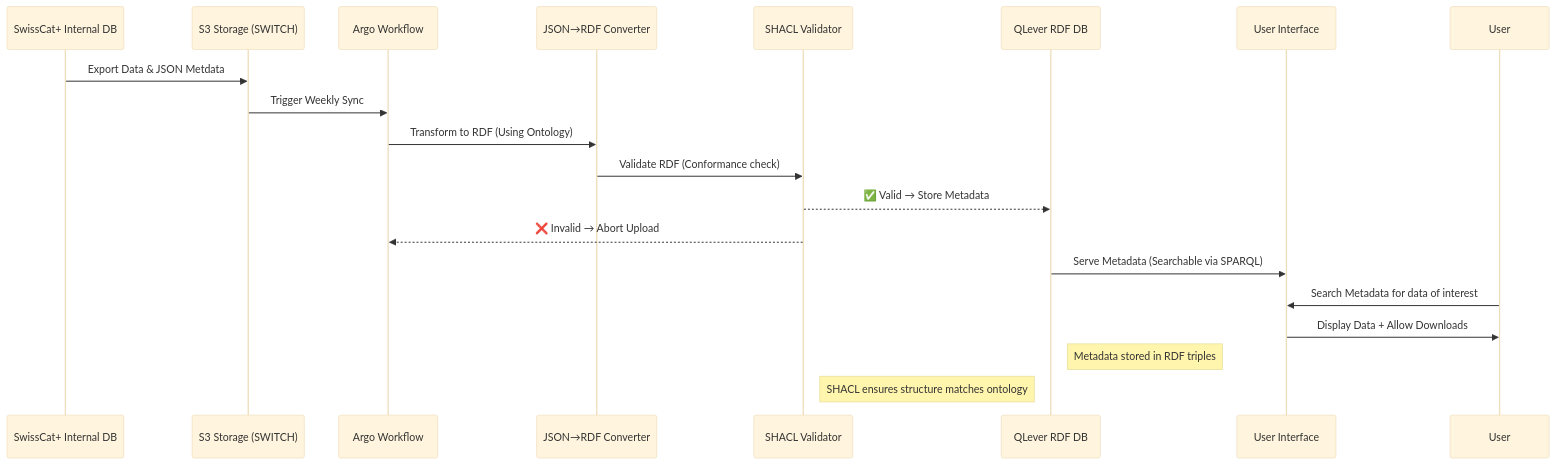
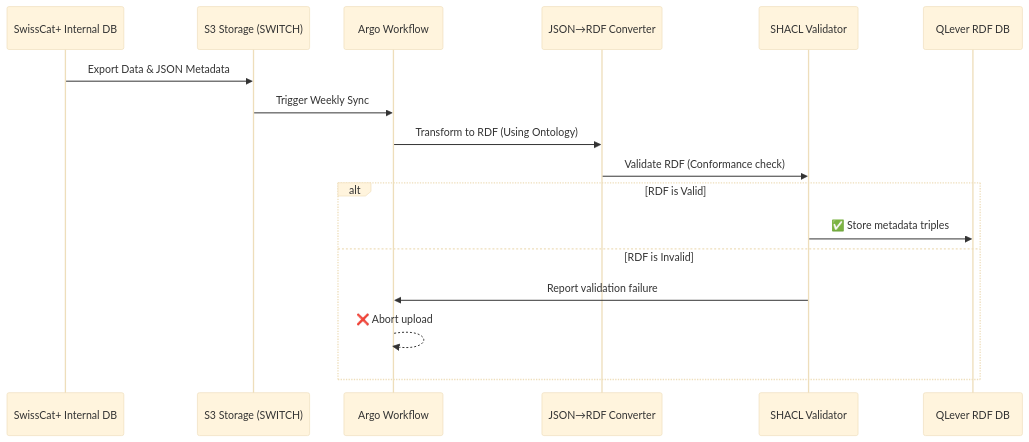
One commit to swisscatplus/catplus-docs changed the first of 2 diagrams in docs/infrastructure.md. Above: the diagram before and after it, drawn with Mermaid (base theme). The commit also changed other lines of this file, not shown here.

Commit message:
chore:  sequence diagrams updated

````diff
--- a/docs/infrastructure.md
+++ b/docs/infrastructure.md
@@ -7,23 +9,19 @@
 ```mermaid
 sequenceDiagram
     participant InternalDB as SwissCat+ Internal DB
     participant S3 as S3 Storage (SWITCH)
     participant Argo as Argo Workflow
     participant Converter as JSON→RDF Converter
     participant SHACL as SHACL Validator
     participant QLever as QLever RDF DB
-    participant UI as User Interface
-
-    InternalDB->>S3: Export Data & JSON Metdata
+    InternalDB->>S3: Export Data & JSON Metadata
     S3->>Argo: Trigger Weekly Sync
     Argo->>Converter: Transform to RDF (Using Ontology)
     Converter->>SHACL: Validate RDF (Conformance check)
-    SHACL-->>QLever: ✅ Valid → Store Metadata
-    SHACL-->>Argo: ❌ Invalid → Abort Upload
-    QLever->>UI: Serve Metadata (Searchable via SPARQL)
-    User->>UI: Search Metadata for data of interest
-    UI->>User: Display Data + Allow Downloads
-
-    Note right of QLever: Metadata stored in RDF triples
-    Note right of SHACL: SHACL ensures structure matches ontology
+    alt RDF is Valid  
+        SHACL->>QLever: ✅ Store metadata triples
+    else RDF is Invalid 
+        SHACL->>Argo: Report validation failure
+        Argo-->>Argo: ❌ Abort upload
+    end
 ```
````
